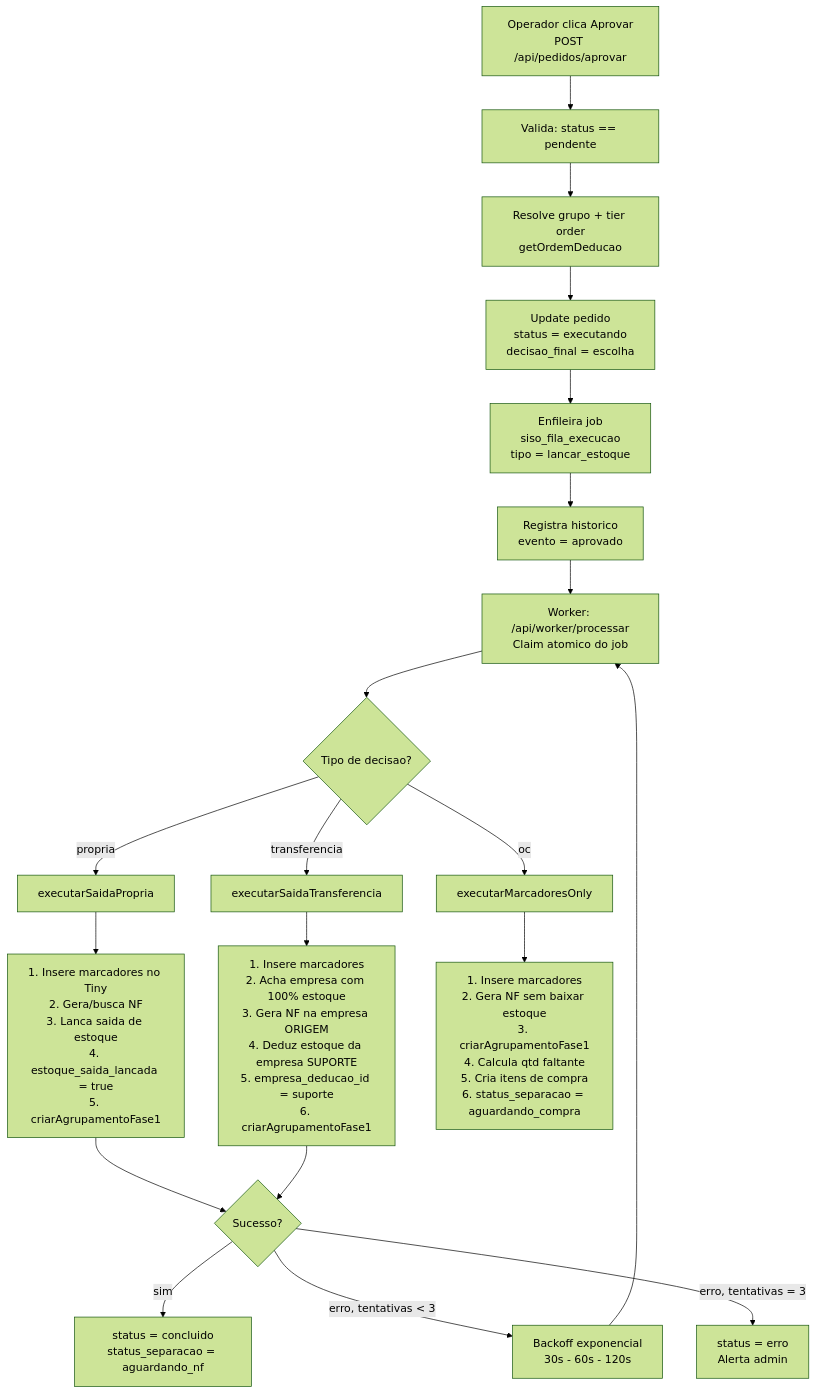
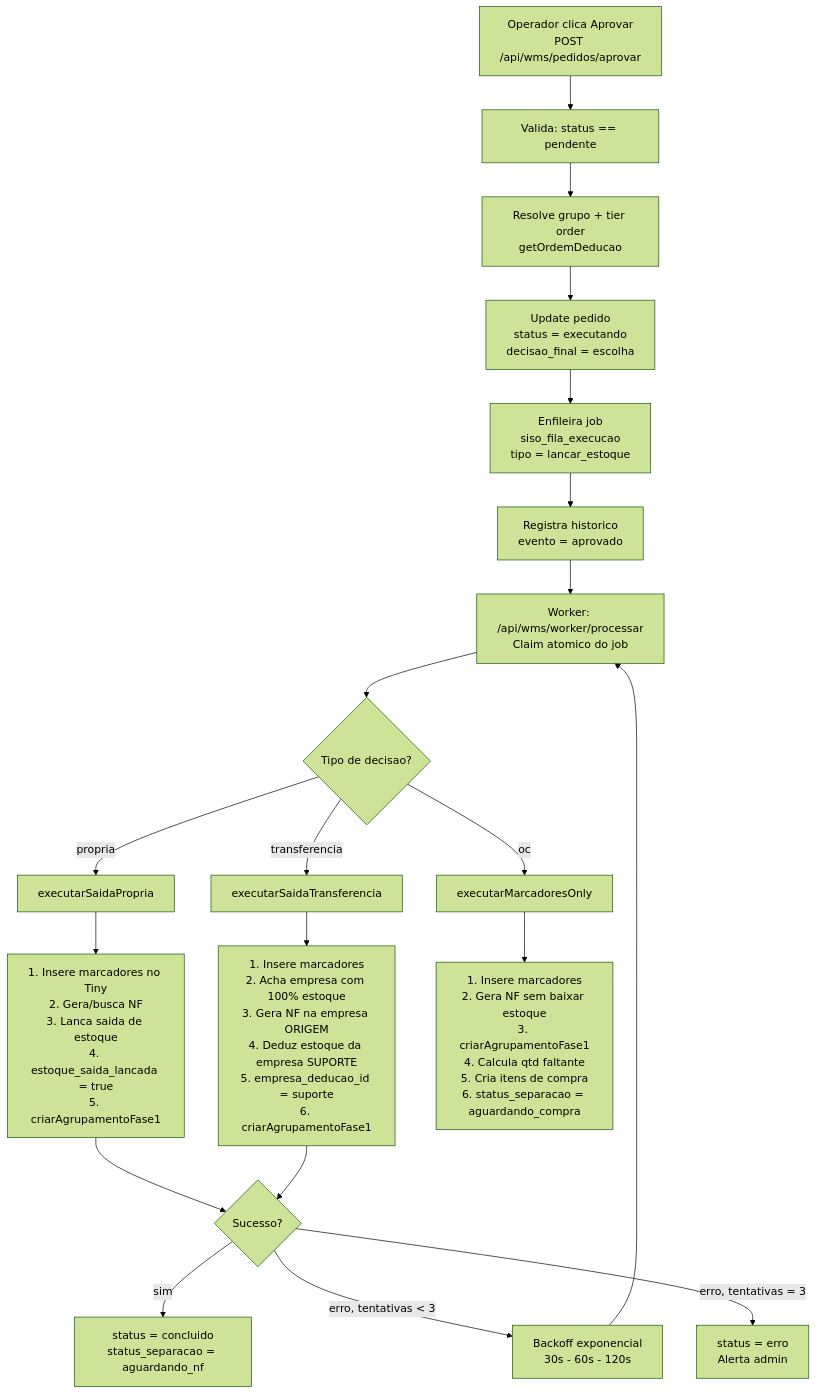
The third of 18 diagrams in docs/diagramas/fluxos-siso.md (Eryk-dev/estoquelever), drawn with Mermaid (forest theme) before and after one commit. The commit also changed other lines of this file and 20 other files, not shown here.

````diff
--- a/docs/diagramas/fluxos-siso.md
+++ b/docs/diagramas/fluxos-siso.md
@@ -130,32 +130,32 @@
 ```mermaid
 flowchart TD
-    A["Operador clica Aprovar<br/>POST /api/pedidos/aprovar"] --> B["Valida: status == pendente"]
+    A["Operador clica Aprovar<br/>POST /api/wms/pedidos/aprovar"] --> B["Valida: status == pendente"]
     B --> C["Resolve grupo + tier order<br/>getOrdemDeducao"]
     C --> D["Update pedido<br/>status = executando<br/>decisao_final = escolha"]
 
     D --> E["Enfileira job<br/>siso_fila_execucao<br/>tipo = lancar_estoque"]
     E --> F["Registra historico<br/>evento = aprovado"]
 
-    F --> G["Worker: /api/worker/processar<br/>Claim atomico do job"]
+    F --> G["Worker: /api/wms/worker/processar<br/>Claim atomico do job"]
 
     G --> H{"Tipo de decisao?"}
 
     H -->|propria| I["executarSaidaPropria"]
     H -->|transferencia| J["executarSaidaTransferencia"]
     H -->|oc| K["executarMarcadoresOnly"]
 
     I --> L["1. Insere marcadores no Tiny<br/>2. Gera/busca NF<br/>3. Lanca saida de estoque<br/>4. estoque_saida_lancada = true<br/>5. criarAgrupamentoFase1"]
 
     J --> M["1. Insere marcadores<br/>2. Acha empresa com 100% estoque<br/>3. Gera NF na empresa ORIGEM<br/>4. Deduz estoque da empresa SUPORTE<br/>5. empresa_deducao_id = suporte<br/>6. criarAgrupamentoFase1"]
 
     K --> N["1. Insere marcadores<br/>2. Gera NF sem baixar estoque<br/>3. criarAgrupamentoFase1<br/>4. Calcula qtd faltante<br/>5. Cria itens de compra<br/>6. status_separacao = aguardando_compra"]
 
     L --> O{"Sucesso?"}
     M --> O
 
     O -->|sim| P["status = concluido<br/>status_separacao = aguardando_nf"]
     O -->|"erro, tentativas < 3"| Q["Backoff exponencial<br/>30s - 60s - 120s"]
     O -->|"erro, tentativas = 3"| R["status = erro<br/>Alerta admin"]
 
     Q --> G
 ```
````
